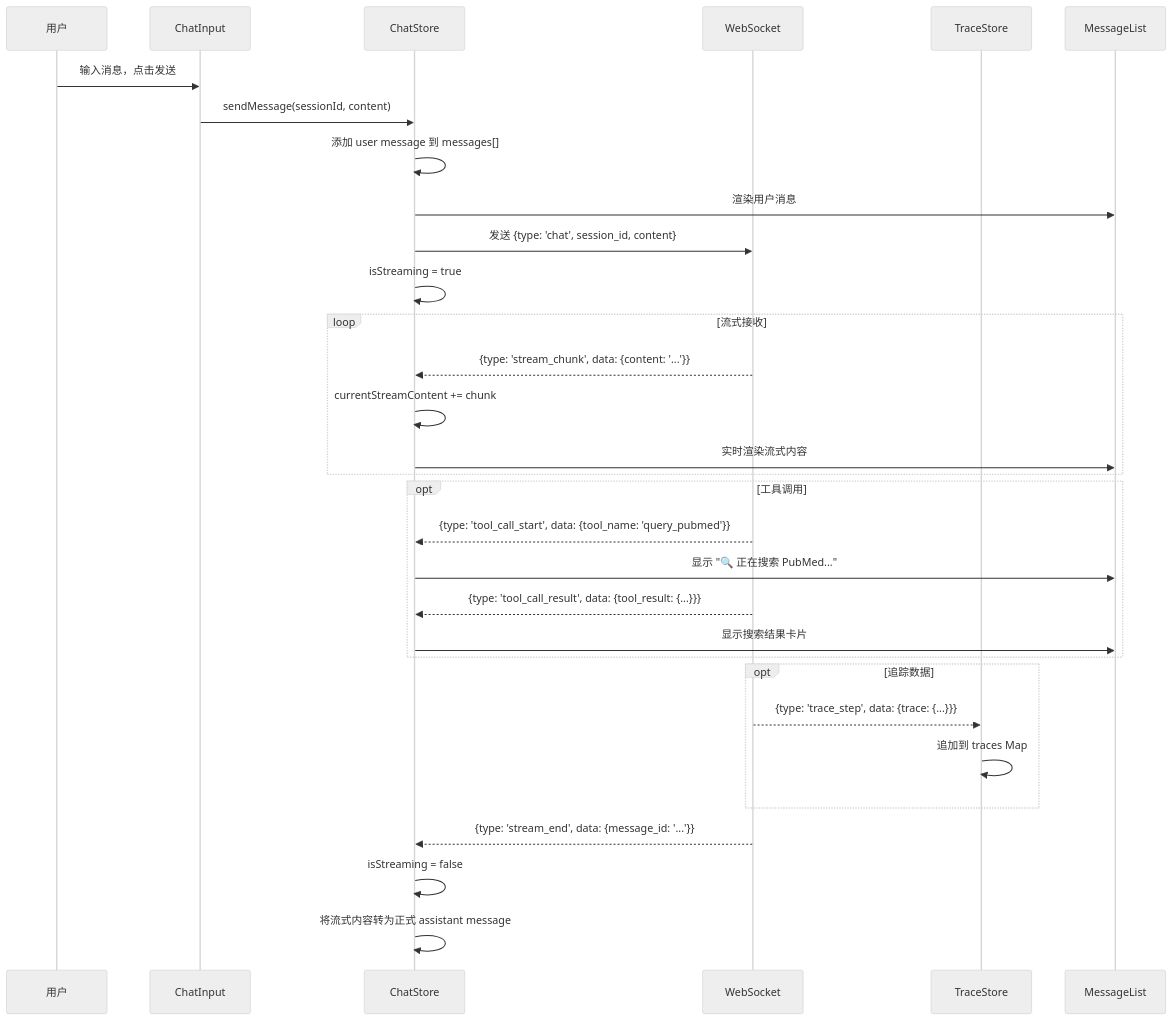
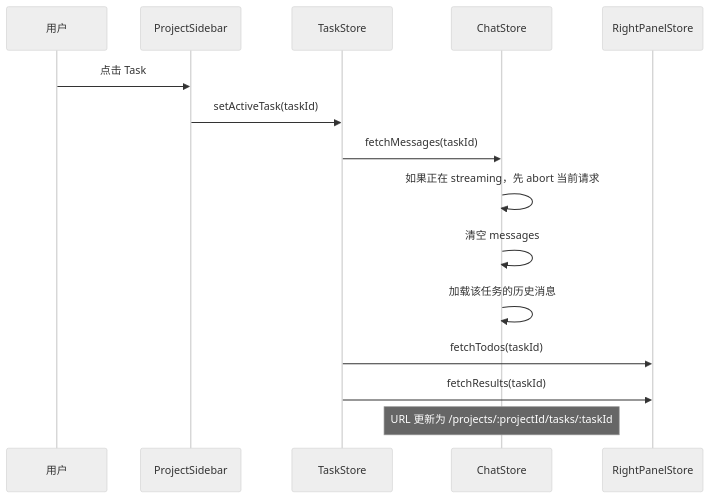
One commit to SongyouZhong/aidd-agent changed the first of 2 diagrams in docs/前端设计文档.md. Above: the diagram before and after it, drawn with Mermaid (neutral theme). The commit also changed other lines of this file and 19 other files, not shown here.

Commit message:
feat: add chat, file, and trace services with streaming LLM support and session-based message management

````diff
--- a/docs/前端设计文档.md
+++ b/docs/前端设计文档.md
@@ -306,38 +534,18 @@
 ```mermaid
 sequenceDiagram
     participant U as 用户
-    participant CI as ChatInput
+    participant PS as ProjectSidebar
+    participant TS as TaskStore
     participant CS as ChatStore
-    participant WS as WebSocket
-    participant TS as TraceStore
-    participant ML as MessageList
+    participant RP as RightPanelStore
 
-    U->>CI: 输入消息，点击发送
-    CI->>CS: sendMessage(sessionId, content)
-    CS->>CS: 添加 user message 到 messages[]
-    CS->>ML: 渲染用户消息
-    CS->>WS: 发送 {type: 'chat', session_id, content}
-    CS->>CS: isStreaming = true
-
-    loop 流式接收
-        WS-->>CS: {type: 'stream_chunk', data: {content: '...'}}
-        CS->>CS: currentStreamContent += chunk
-        CS->>ML: 实时渲染流式内容
-    end
-
-    opt 工具调用
-        WS-->>CS: {type: 'tool_call_start', data: {tool_name: 'query_pubmed'}}
-        CS->>ML: 显示 "🔍 正在搜索 PubMed..."
-        WS-->>CS: {type: 'tool_call_result', data: {tool_result: {...}}}
-        CS->>ML: 显示搜索结果卡片
-    end
-
-    opt 追踪数据
-        WS-->>TS: {type: 'trace_step', data: {trace: {...}}}
-        TS->>TS: 追加到 traces Map
-    end
-
-    WS-->>CS: {type: 'stream_end', data: {message_id: '...'}}
-    CS->>CS: isStreaming = false
-    CS->>CS: 将流式内容转为正式 assistant message
+    U->>PS: 点击 Task
+    PS->>TS: setActiveTask(taskId)
+    TS->>CS: fetchMessages(taskId)
+    CS->>CS: 如果正在 streaming，先 abort 当前请求
+    CS->>CS: 清空 messages
+    CS->>CS: 加载该任务的历史消息
+    TS->>RP: fetchTodos(taskId)
+    TS->>RP: fetchResults(taskId)
+    Note over CS: URL 更新为 /projects/:projectId/tasks/:taskId
 ```
````
